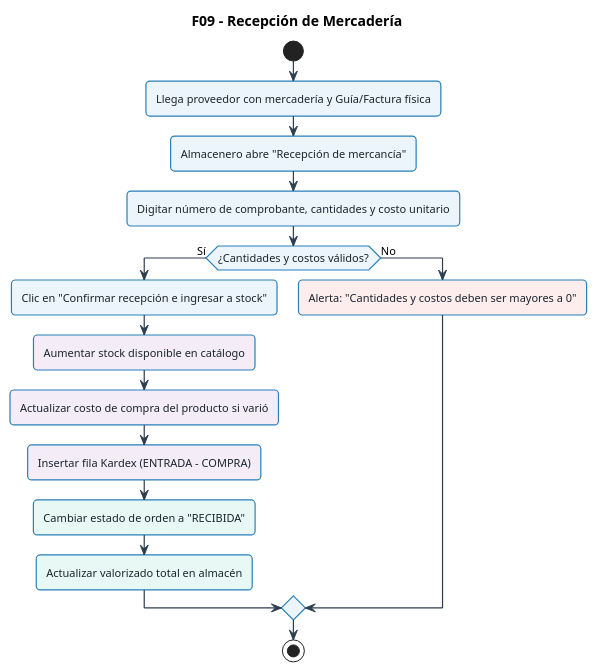
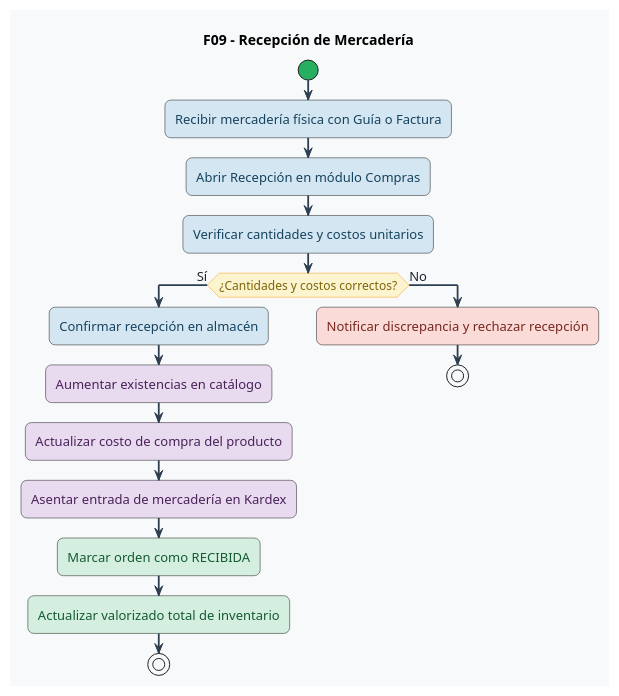
Before and after one commit to xmenil/ERP-KIPUS: the ninth of 11 diagrams in docs/UML-flujos/flujos-consolidados-kipu.md, drawn with PlantUML. The commit also changed other lines of this file and 23 other files, not shown here.

Commit message:
docs: actualizar diagramas PlantUML estilo Bizagi BPMN y corregir advertencias de sintaxis

````diff
--- a/docs/UML-flujos/flujos-consolidados-kipu.md
+++ b/docs/UML-flujos/flujos-consolidados-kipu.md
@@ -544,48 +704,72 @@
 ```plantuml
 @startuml
+<style>
+activityDiagram {
+  BackgroundColor #F8F9FA
+  BorderColor #2C3E50
+  FontColor #1A252F
+  FontSize 13
+  FontName "Segoe UI", Arial, sans-serif
+  RoundCorner 12
+  Padding 10
+  Margin 8
+
+  .verde {
+    BackgroundColor #D4EFDF
+    BorderColor #27AE60
+    FontColor #145A32
+  }
+  .amarillo {
+    BackgroundColor #FCF3CF
+    BorderColor #F39C12
+    FontColor #7D6608
+  }
+  .azul {
+    BackgroundColor #D4E6F1
+    BorderColor #2980B9
+    FontColor #154360
+  }
+  .morado {
+    BackgroundColor #E8DAEF
+    BorderColor #8E44AD
+    FontColor #4A235A
+  }
+  .rojo {
+    BackgroundColor #FADBD8
+    BorderColor #C0392B
+    FontColor #78281F
+  }
+}
+</style>
+
 skinparam defaultFontName "Segoe UI", Arial, sans-serif
-skinparam defaultFontSize 11
-skinparam roundCorner 8
-skinparam shadowing false
 skinparam ArrowColor #2C3E50
-skinparam ArrowThickness 1.2
-
-skinparam activity {
-  BackgroundColor #EBF5FB
-  BorderColor #2980B9
-  BorderThickness 1.2
-  FontColor #1A252F
-}
-skinparam decision {
-  BackgroundColor #FEF9E7
-  BorderColor #F39C12
-  BorderThickness 1.2
-  FontColor #7D6608
-}
-skinparam start {
-  Color #27AE60
-}
-skinparam stop {
-  Color #C0392B
-}
+skinparam ArrowThickness 1.8
+skinparam activityStartColor #27AE60
+skinparam activityEndColor #C0392B
+skinparam activityDiamondBackgroundColor #FCF3CF
+skinparam activityDiamondBorderColor #F39C12
+skinparam activityDiamondFontColor #7D6608
+skinparam activityDiamondFontSize 12
 
 title F09 - Recepción de Mercadería
 
 start
-:Llega proveedor con mercadería y Guía/Factura física;
-:Almacenero abre "Recepción de mercancía";
-:Digitar número de comprobante, cantidades y costo unitario;
+:Recibir mercadería física con Guía o Factura; <<azul>>
+:Abrir Recepción en módulo Compras; <<azul>>
+:Verificar cantidades y costos unitarios; <<azul>>
 
-if (¿Cantidades y costos válidos?) then (Sí)
-  :Clic en "Confirmar recepción e ingresar a stock";
-  #F4ECF7:Aumentar stock disponible en catálogo;
-  #F4ECF7:Actualizar costo de compra del producto si varió;
-  #F4ECF7:Insertar fila Kardex (ENTRADA - COMPRA);
-  #E8F8F5:Cambiar estado de orden a "RECIBIDA";
-  #E8F8F5:Actualizar valorizado total en almacén;
+if (¿Cantidades y costos correctos?) then (Sí)
+  :Confirmar recepción en almacén; <<azul>>
+  :Aumentar existencias en catálogo; <<morado>>
+  :Actualizar costo de compra del producto; <<morado>>
+  :Asentar entrada de mercadería en Kardex; <<morado>>
+  :Marcar orden como RECIBIDA; <<verde>>
+  :Actualizar valorizado total de inventario; <<verde>>
+  stop
 else (No)
-  #FDEDEC:Alerta: "Cantidades y costos deben ser mayores a 0";
+  :Notificar discrepancia y rechazar recepción; <<rojo>>
+  stop
 endif
-stop
 @enduml
 ```
````
